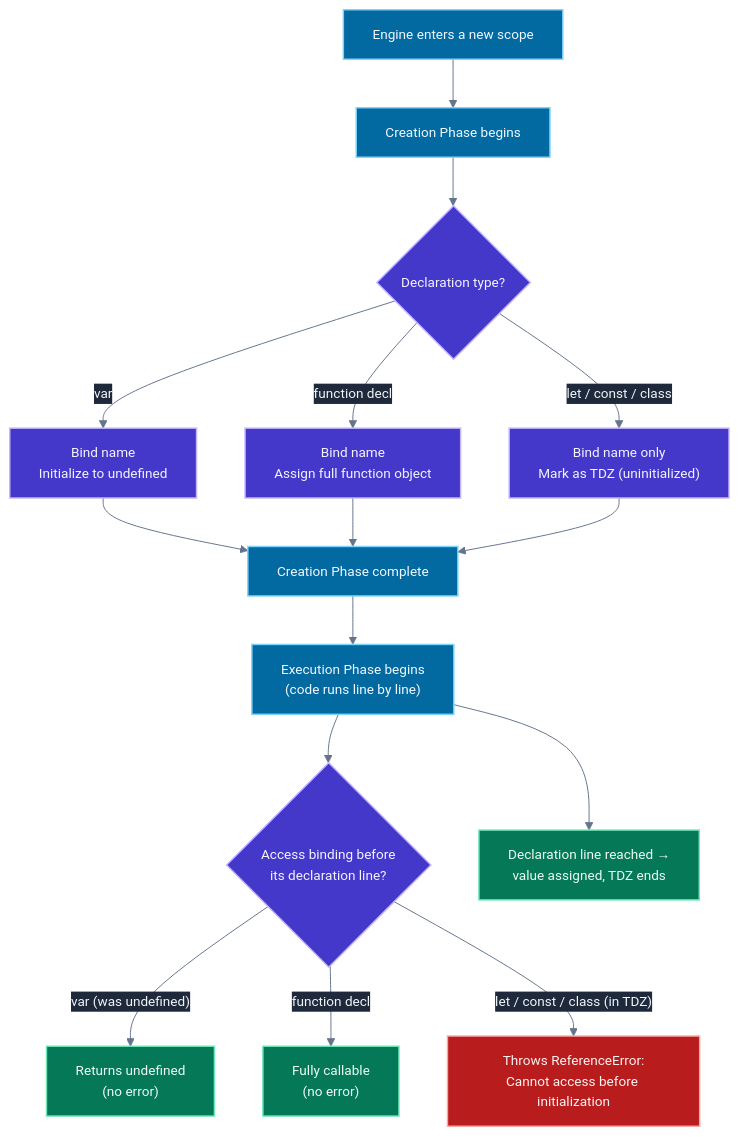
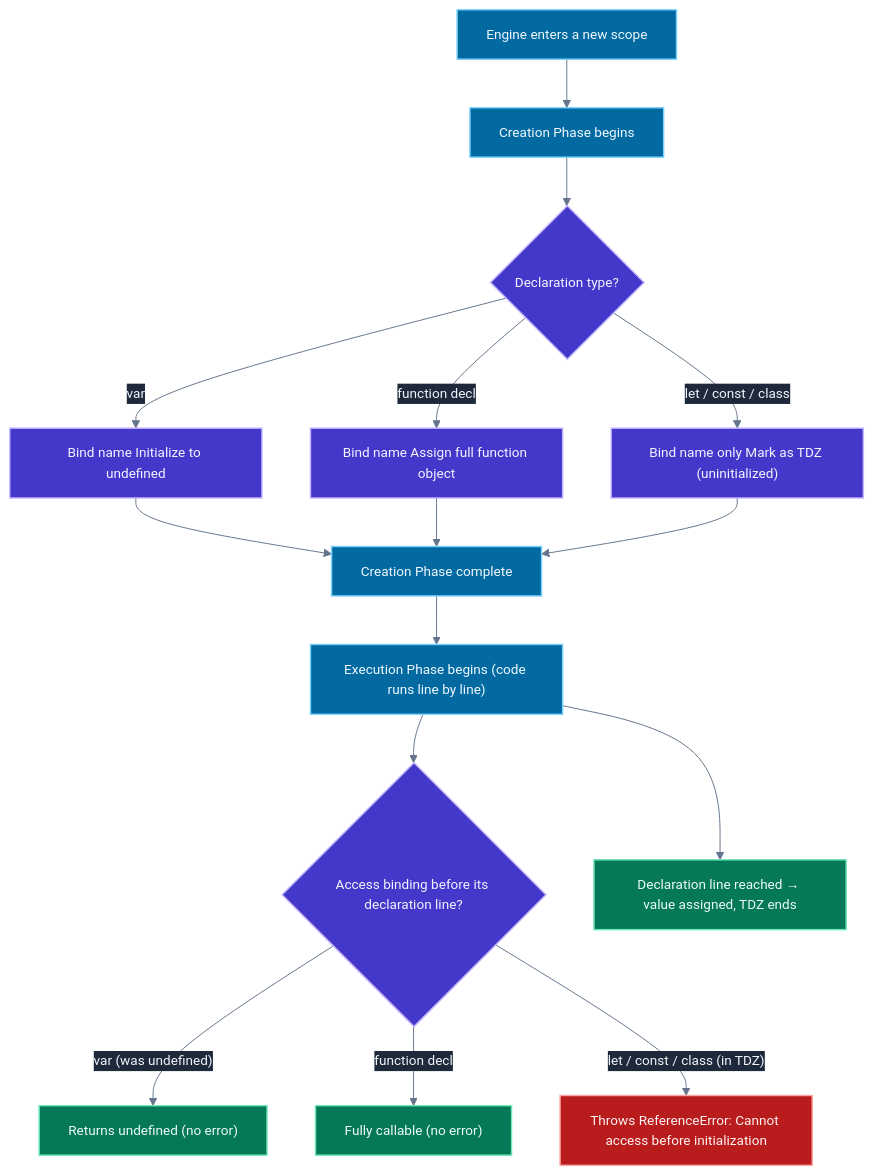
Before and after one commit to vinayakhumberi/litmus: the second of 3 diagrams in data/topics/closures-scope-hoisting.md, drawn with Mermaid. The commit also changed other lines of this file and 68 other files, not shown here.

````diff
--- a/data/topics/closures-scope-hoisting.md
+++ b/data/topics/closures-scope-hoisting.md
@@ -207,28 +207,28 @@
 ```mermaid
 %%{init: {"theme": "base", "themeVariables": {"background":"transparent","primaryColor":"#334155","primaryTextColor":"#f1f5f9","primaryBorderColor":"#64748b","lineColor":"#64748b","edgeLabelBackground":"#1e293b","textColor":"#f1f5f9","fontFamily":"\"Plus Jakarta Sans\", sans-serif","fontSize":"14px"}}}%%
 graph TD
     A["Engine enters a new scope"] --> B["Creation Phase begins"]
     B --> C{"Declaration type?"}
-    C -- "var" --> D["Bind name<br>Initialize to undefined"]
-    C -- "function decl" --> E["Bind name<br>Assign full function object"]
-    C -- "let / const / class" --> F["Bind name only<br>Mark as TDZ (uninitialized)"]
+    C -- "var" --> D["Bind name Initialize to undefined"]
+    C -- "function decl" --> E["Bind name Assign full function object"]
+    C -- "let / const / class" --> F["Bind name only Mark as TDZ (uninitialized)"]
     D --> G["Creation Phase complete"]
     E --> G
     F --> G
-    G --> H["Execution Phase begins<br>(code runs line by line)"]
-    H --> I{"Access binding before<br>its declaration line?"}
-    I -- "var (was undefined)" --> J["Returns undefined<br>(no error)"]
-    I -- "function decl" --> K["Fully callable<br>(no error)"]
-    I -- "let / const / class (in TDZ)" --> L["Throws ReferenceError:<br>Cannot access before initialization"]
-    H --> M["Declaration line reached →<br>value assigned, TDZ ends"]
+    G --> H["Execution Phase begins (code runs line by line)"]
+    H --> I{"Access binding before its declaration line?"}
+    I -- "var (was undefined)" --> J["Returns undefined (no error)"]
+    I -- "function decl" --> K["Fully callable (no error)"]
+    I -- "let / const / class (in TDZ)" --> L["Throws ReferenceError: Cannot access before initialization"]
+    H --> M["Declaration line reached → value assigned, TDZ ends"]
 
     classDef phase fill:#0369a1,stroke:#7dd3fc,color:#f0f9ff,stroke-width:1.5px;
     classDef safe fill:#047857,stroke:#6ee7b7,color:#ecfdf5,stroke-width:1.5px;
     classDef danger fill:#b91c1c,stroke:#fca5a5,color:#fef2f2,stroke-width:1.5px;
     classDef neutral fill:#4338ca,stroke:#c4b5fd,color:#f5f3ff,stroke-width:1.5px;
 
     class A,B,G,H phase;
     class J,K,M safe;
     class L danger;
     class C,D,E,F,I neutral;
 ```
````
